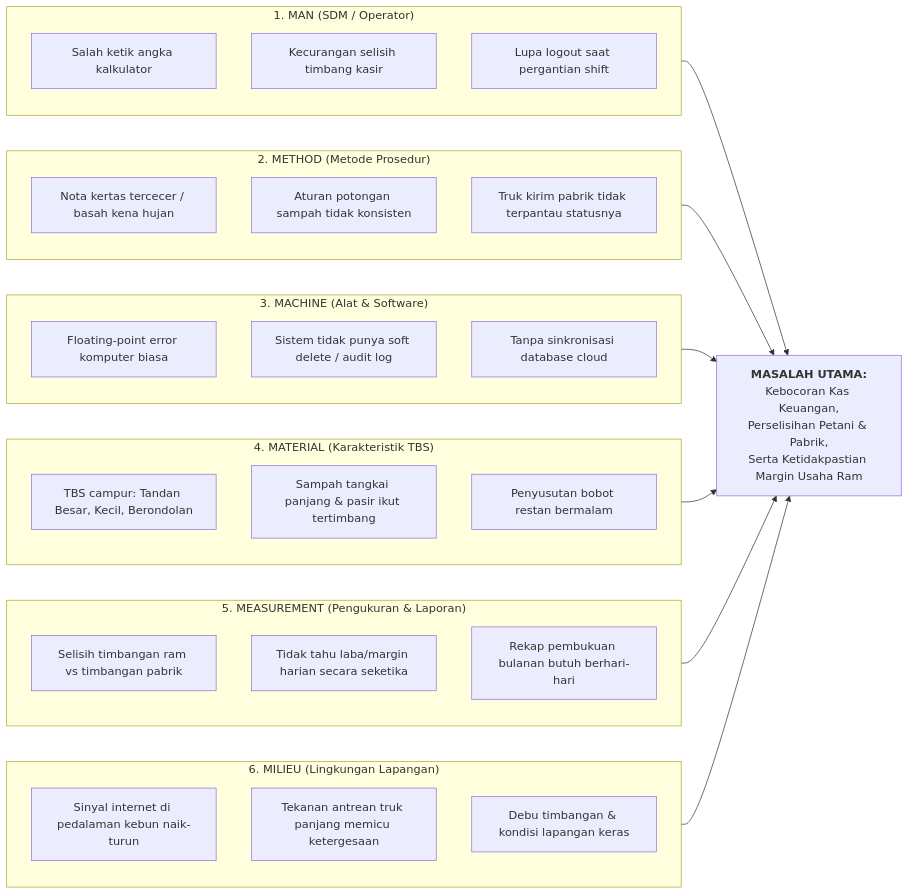
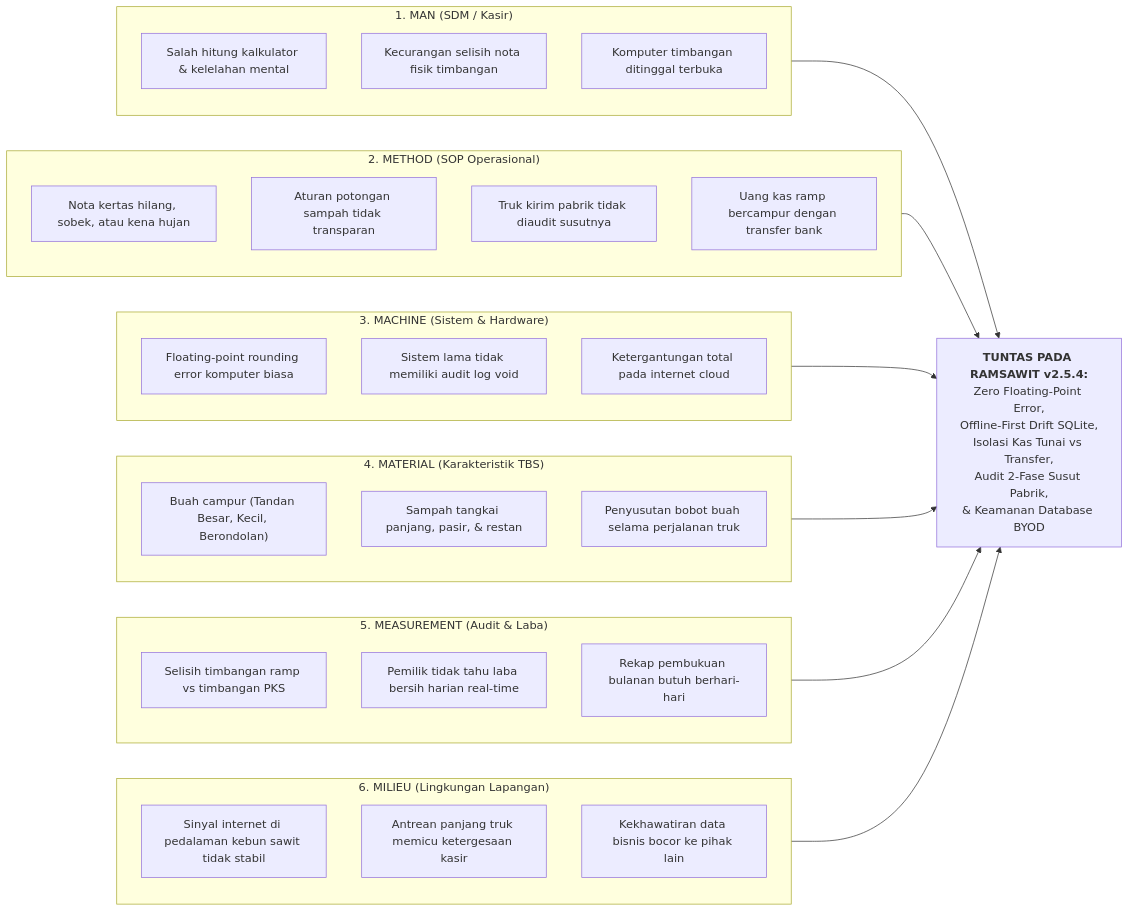
Diagram 13 of 13 in doc/DIAGRAM-SISTEM-Aplikasi-Transaksi-Sawit.md (Mfkr07/RamSawit-App), drawn with Mermaid before and after one commit. The commit also changed other lines of this file and 7 other files, not shown here.

````diff
--- a/doc/DIAGRAM-SISTEM-Aplikasi-Transaksi-Sawit.md
+++ b/doc/DIAGRAM-SISTEM-Aplikasi-Transaksi-Sawit.md
@@ -565,48 +627,48 @@
 ```mermaid
 graph LR
-    subgraph MAN ["1. MAN (SDM / Operator)"]
-        M1["Salah ketik angka kalkulator"]
-        M2["Kecurangan selisih timbang kasir"]
-        M3["Lupa logout saat pergantian shift"]
+    subgraph MAN ["1. MAN (SDM / Kasir)"]
+        M1["Salah hitung kalkulator & kelelahan mental"]
+        M2["Kecurangan selisih nota fisik timbangan"]
+        M3["Komputer timbangan ditinggal terbuka"]
     end
 
-    subgraph METHOD ["2. METHOD (Metode Prosedur)"]
-        ME1["Nota kertas tercecer / basah kena hujan"]
-        ME2["Aturan potongan sampah tidak konsisten"]
-        ME3["Truk kirim pabrik tidak terpantau statusnya"]
+    subgraph METHOD ["2. METHOD (SOP Operasional)"]
+        ME1["Nota kertas hilang, sobek, atau kena hujan"]
+        ME2["Aturan potongan sampah tidak transparan"]
+        ME3["Truk kirim pabrik tidak diaudit susutnya"]
+        ME4["Uang kas ramp bercampur dengan transfer bank"]
     end
 
-    subgraph MACHINE ["3. MACHINE (Alat & Software)"]
-        MC1["Floating-point error komputer biasa"]
-        MC2["Sistem tidak punya soft delete / audit log"]
-        MC3["Tanpa sinkronisasi database cloud"]
+    subgraph MACHINE ["3. MACHINE (Sistem & Hardware)"]
+        MC1["Floating-point rounding error komputer biasa"]
+        MC2["Sistem lama tidak memiliki audit log void"]
+        MC3["Ketergantungan total pada internet cloud"]
     end
 
     subgraph MATERIAL ["4. MATERIAL (Karakteristik TBS)"]
-        MT1["TBS campur: Tandan Besar, Kecil, Berondolan"]
-        MT2["Sampah tangkai panjang & pasir ikut tertimbang"]
-        MT3["Penyusutan bobot restan bermalam"]
+        MT1["Buah campur (Tandan Besar, Kecil, Berondolan)"]
+        MT2["Sampah tangkai panjang, pasir, & restan"]
+        MT3["Penyusutan bobot buah selama perjalanan truk"]
     end
 
-    subgraph MEASUREMENT ["5. MEASUREMENT (Pengukuran & Laporan)"]
-        MS1["Selisih timbangan ram vs timbangan pabrik"]
-        MS2["Tidak tahu laba/margin harian secara seketika"]
+    subgraph MEASUREMENT ["5. MEASUREMENT (Audit & Laba)"]
+        MS1["Selisih timbangan ramp vs timbangan PKS"]
+        MS2["Pemilik tidak tahu laba bersih harian real-time"]
         MS3["Rekap pembukuan bulanan butuh berhari-hari"]
     end
 
     subgraph MILIEU ["6. MILIEU (Lingkungan Lapangan)"]
-        ML1["Sinyal internet di pedalaman kebun naik-turun"]
-        ML2["Tekanan antrean truk panjang memicu ketergesaan"]
-        ML3["Debu timbangan & kondisi lapangan keras"]
+        ML1["Sinyal internet di pedalaman kebun sawit tidak stabil"]
+        ML2["Antrean panjang truk memicu ketergesaan kasir"]
+        ML3["Kekhawatiran data bisnis bocor ke pihak lain"]
     end
 
-    %% Cabang Menuju Masalah Utama
     MAN --> PROBLEM
     METHOD --> PROBLEM
     MACHINE --> PROBLEM
     MATERIAL --> PROBLEM
     MEASUREMENT --> PROBLEM
     MILIEU --> PROBLEM
 
-    PROBLEM["<b>MASALAH UTAMA:</b><br/>Kebocoran Kas Keuangan,<br/>Perselisihan Petani & Pabrik,<br/>Serta Ketidakpastian Margin Usaha Ram"]
+    PROBLEM["<b>TUNTAS PADA RAMSAWIT v2.5.4:</b><br/>Zero Floating-Point Error,<br/>Offline-First Drift SQLite,<br/>Isolasi Kas Tunai vs Transfer,<br/>Audit 2-Fase Susut Pabrik,<br/>& Keamanan Database BYOD"]
 ```
````
